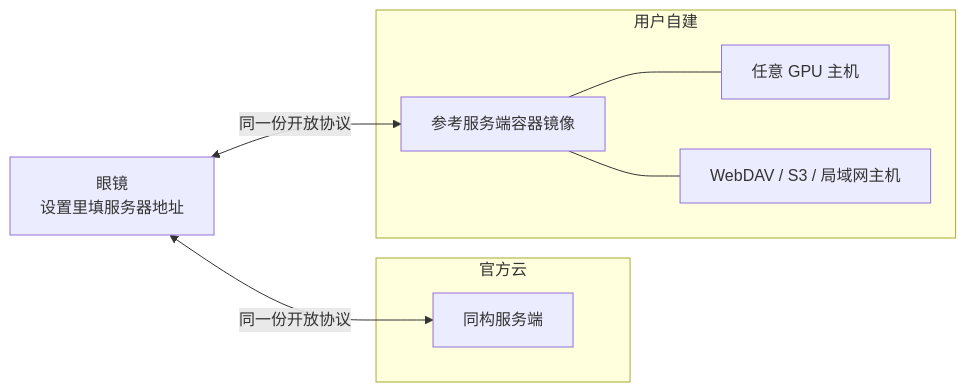
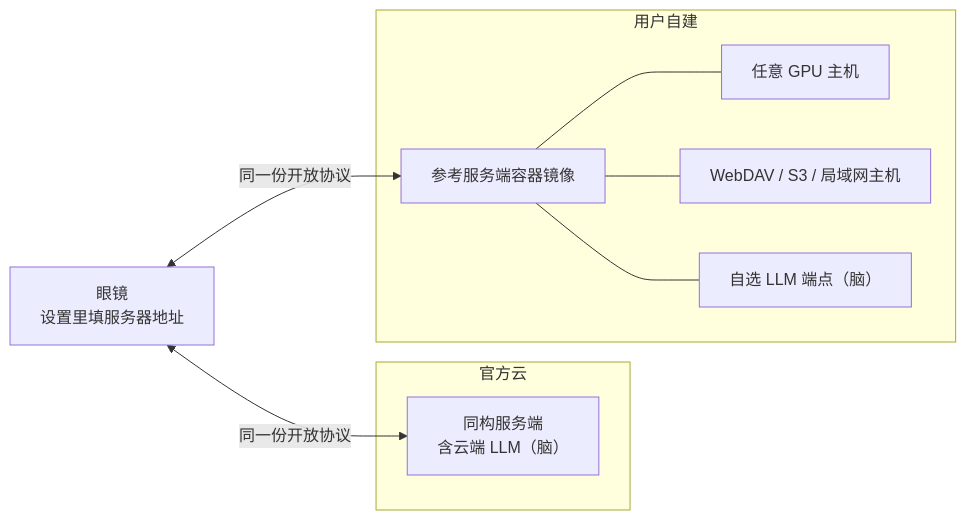
The ninth of 10 diagrams in docs/system-architecture.md (jodancain/independent-cellular-ai-glasses), drawn with Mermaid before and after one commit. The commit also changed other lines of this file and 15 other files, not shown here.

First line of the commit message:
框图、宣传片与网站全部按脑 / 小脑 / 手更新

````diff
--- a/docs/system-architecture.md
+++ b/docs/system-architecture.md
@@ -369,16 +406,18 @@
 ```mermaid
 flowchart LR
   G["眼镜<br/>设置里填服务器地址"]
   subgraph OFF["官方云"]
-    O["同构服务端"]
+    O["同构服务端<br/>含云端 LLM（脑）"]
   end
   subgraph SELF["用户自建"]
     SS["参考服务端容器镜像"]
     GPU["任意 GPU 主机"]
     ST["WebDAV / S3 / 局域网主机"]
+    LL["自选 LLM 端点（脑）"]
   end
   G <-- 同一份开放协议 --> O
   G <-- 同一份开放协议 --> SS
   SS --- GPU
   SS --- ST
+  SS --- LL
 ```
````
